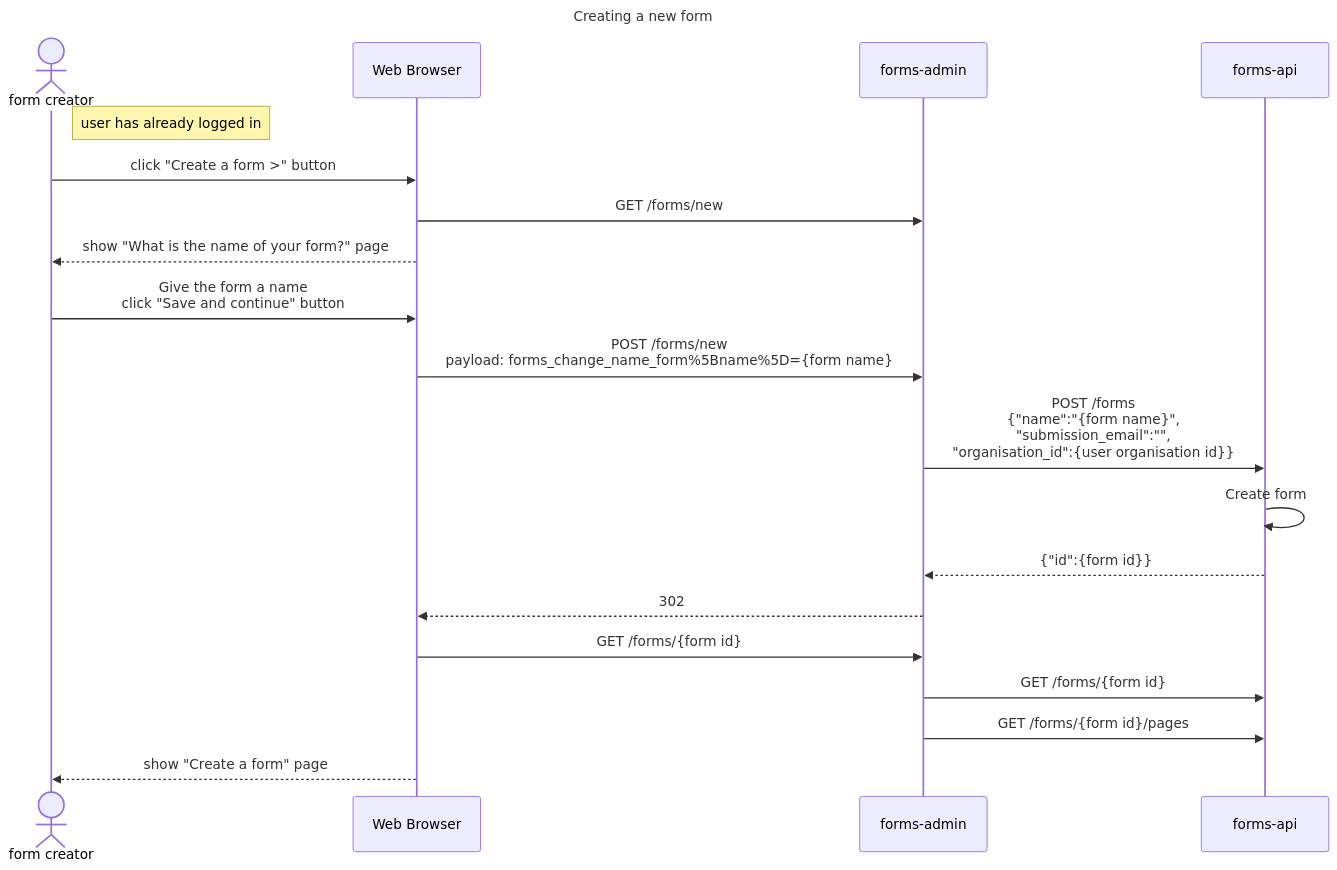
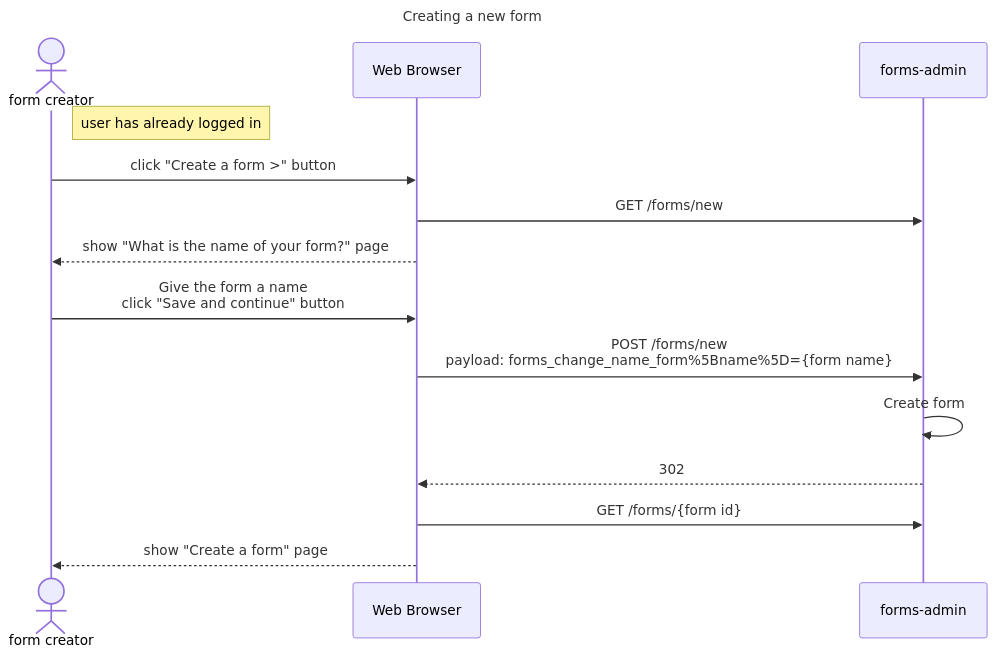
Before and after one commit to alphagov/forms: the first of 5 diagrams in diagrams/sequence-diagrams/creating-a-form.md, drawn with Mermaid. The commit also changed other lines of this file and 3 other files, not shown here.

First line of the commit message:
Remove forms-api from sequence diagrams

````diff
--- a/diagrams/sequence-diagrams/creating-a-form.md
+++ b/diagrams/sequence-diagrams/creating-a-form.md
@@ -3,26 +3,20 @@
 ```mermaid
 sequenceDiagram
   title Creating a new form
   actor user as form creator
   participant browser as Web Browser
   participant admin as forms-admin
   link admin: GitHub repo @ https://github.com/alphagov/forms-admin
-  participant api as forms-api
-  link api: GitHub repo @ https://github.com/alphagov/forms-api
 
   note right of user: user has already logged in
 
   user->>browser: click "Create a form >" button
   browser->>admin: GET /forms/new
   browser-->>user: show "What is the name of your form?" page
   user->>browser: Give the form a name<br />click "Save and continue" button
   browser->>admin: POST /forms/new<br />payload: forms_change_name_form%5Bname%5D={form name}
-  admin->>api: POST /forms<br />{"name":"{form name}",<br />"submission_email":"",<br />"organisation_id":{user organisation id}}
-  api->>api: Create form
-  api-->>admin: {"id":{form id}}
+  admin->>admin: Create form
   admin-->>browser: 302
   browser->>admin: GET /forms/{form id}
-  admin->>api: GET /forms/{form id}
-  admin->>api: GET /forms/{form id}/pages
   browser-->>user: show "Create a form" page
 ```
````
